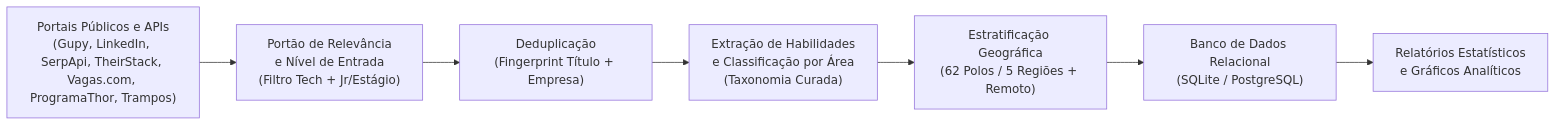
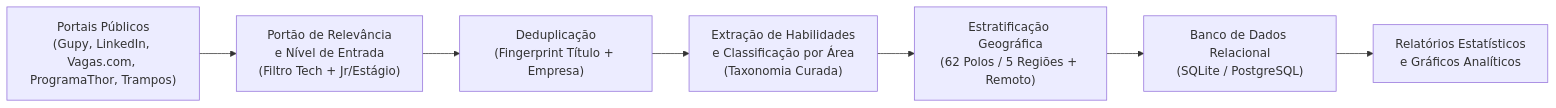
Before and after one commit to diasgarcia/tech-skills-br: the diagram in README.md, drawn with Mermaid. The commit also changed other lines of this file and 10 other files, not shown here.

Commit message:
chore: remove SerpApi e TheirStack, fica so com as fontes publicas

````diff
--- a/README.md
+++ b/README.md
@@ -22,9 +22,9 @@
 ```mermaid
 flowchart LR
-    A["Portais Públicos e APIs<br>(Gupy, LinkedIn, SerpApi, TheirStack, Vagas.com, ProgramaThor, Trampos)"] --> B["Portão de Relevância<br>e Nível de Entrada<br>(Filtro Tech + Jr/Estágio)"]
+    A["Portais Públicos<br>(Gupy, LinkedIn, Vagas.com, ProgramaThor, Trampos)"] --> B["Portão de Relevância<br>e Nível de Entrada<br>(Filtro Tech + Jr/Estágio)"]
     B --> C["Deduplicação<br>(Fingerprint Título + Empresa)"]
     C --> D["Extração de Habilidades<br>e Classificação por Área<br>(Taxonomia Curada)"]
     D --> E["Estratificação Geográfica<br>(62 Polos / 5 Regiões + Remoto)"]
     E --> F["Banco de Dados Relacional<br>(SQLite / PostgreSQL)"]
     F --> G["Relatórios Estatísticos<br>e Gráficos Analíticos"]
 ```
````
